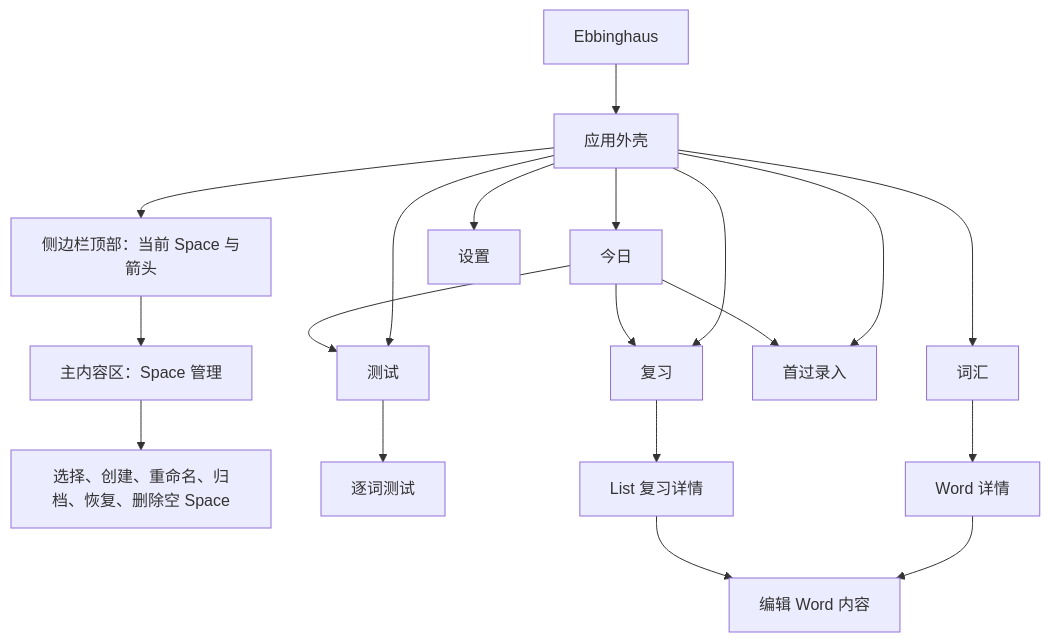
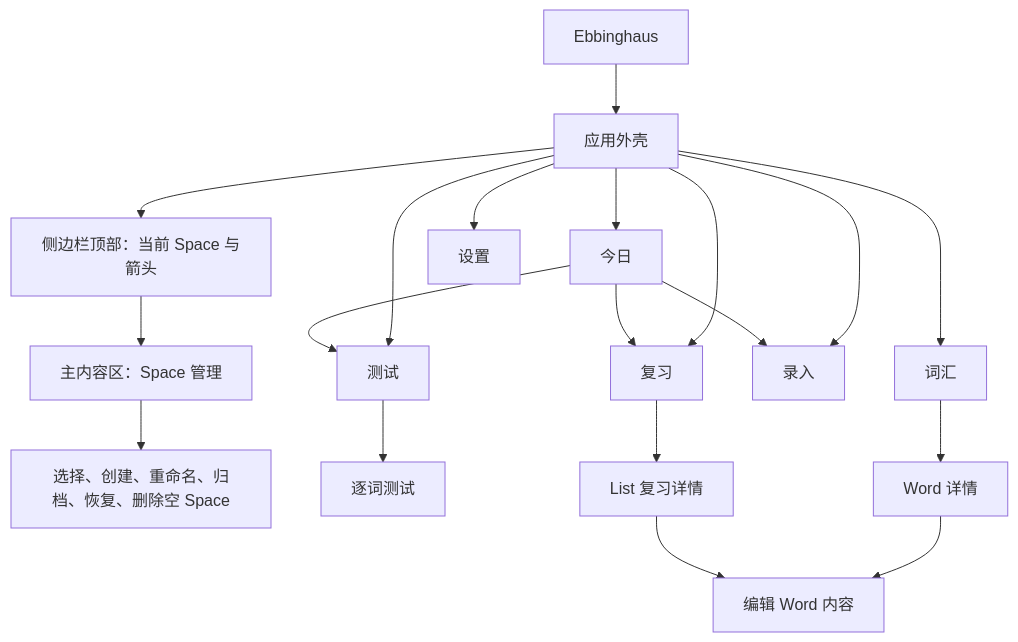
The diagram in docs/界面设计规格.md (EdgarZhong/ebbinghaus-vocab), drawn with Mermaid before and after one commit. The commit also changed other lines of this file and 9 other files, not shown here.

````diff
--- a/docs/界面设计规格.md
+++ b/docs/界面设计规格.md
@@ -75,21 +75,21 @@
 ```mermaid
 flowchart TD
     App["Ebbinghaus"] --> Shell["应用外壳"]
     Shell --> SpaceEntry["侧边栏顶部：当前 Space 与箭头"]
     SpaceEntry --> SpacePage["主内容区：Space 管理"]
     SpacePage --> SpaceActions["选择、创建、重命名、归档、恢复、删除空 Space"]
     Shell --> Today["今日"]
     Shell --> Review["复习"]
     Shell --> Test["测试"]
-    Shell --> FirstPass["首过录入"]
+    Shell --> FirstPass["录入"]
     Shell --> Vocabulary["词汇"]
     Shell --> Settings["设置"]
     Today --> Review
     Today --> Test
     Today --> FirstPass
     Test --> WordTest["逐词测试"]
     Review --> ListDetail["List 复习详情"]
     Vocabulary --> WordDetail["Word 详情"]
     WordDetail --> ContentEdit["编辑 Word 内容"]
     ListDetail --> ContentEdit
 ```
````
